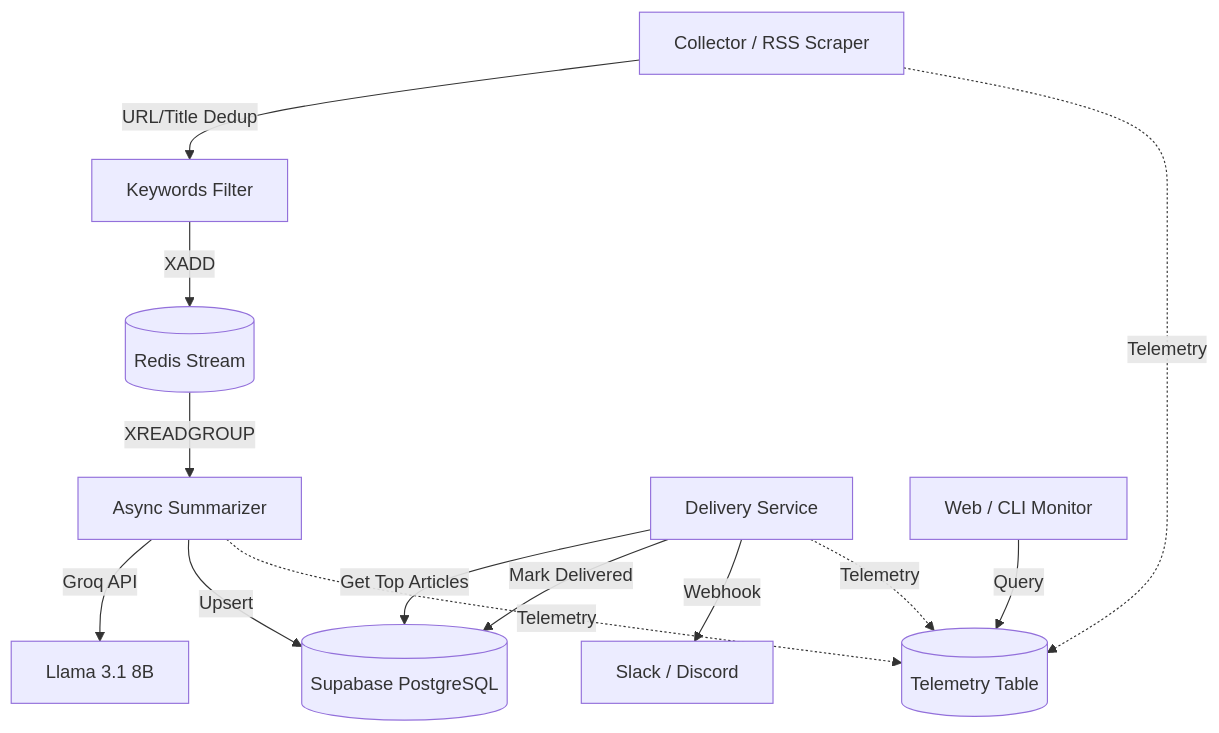
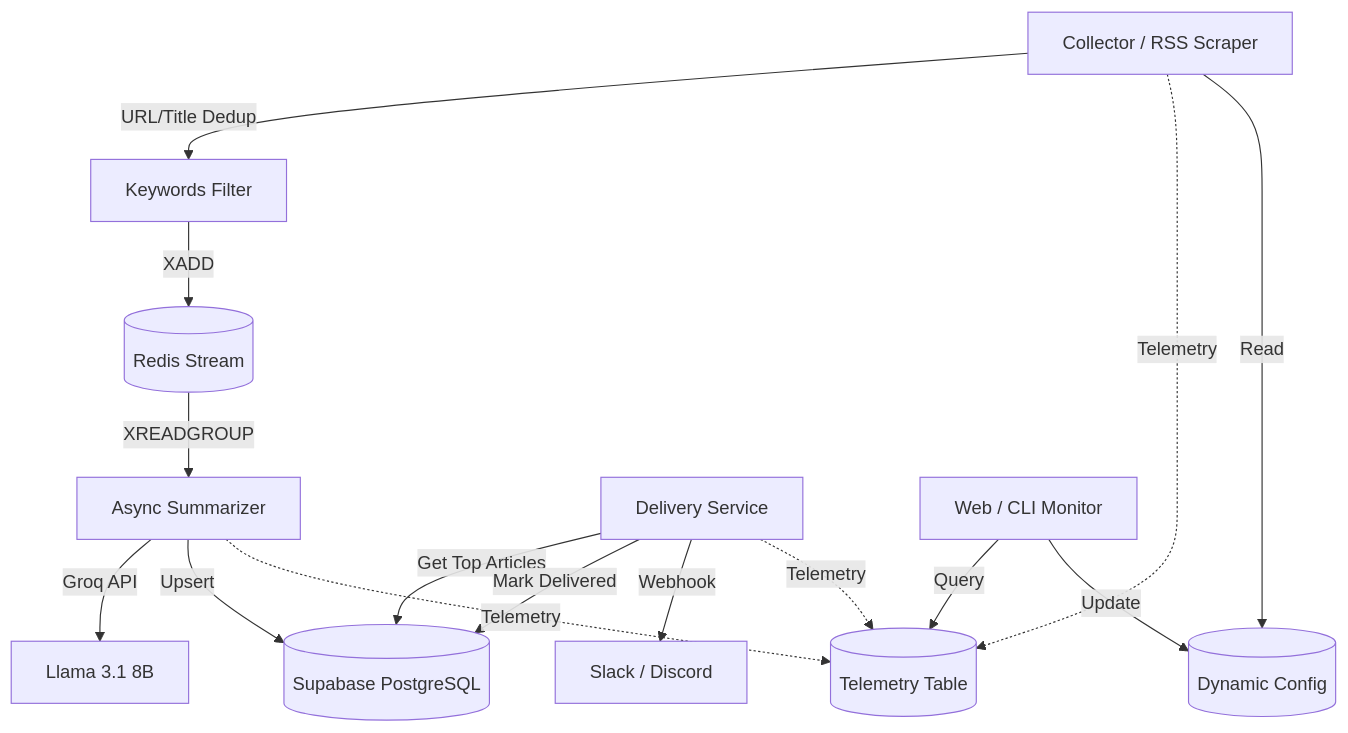
One commit to vishnun0027/techpulse-ai changed the diagram in README.md. Above: the diagram before and after it, drawn with Mermaid. The commit also changed other lines of this file and 7 other files, not shown here.

````diff
--- a/README.md
+++ b/README.md
@@ -26,16 +27,18 @@
 ```mermaid
 graph TD
     Collector[Collector / RSS Scraper] -->|URL/Title Dedup| Filter[Keywords Filter]
     Filter -->|XADD| Stream[(Redis Stream)]
     Stream -->|XREADGROUP| Summarizer[Async Summarizer]
     Summarizer -->|Groq API| LLM[Llama 3.1 8B]
     Summarizer -->|Upsert| DB[(Supabase PostgreSQL)]
     Delivery[Delivery Service] -->|Get Top Articles| DB
     Delivery -->|Mark Delivered| DB
     Delivery -->|Webhook| Notifications[Slack / Discord]
 
     Collector -.->|Telemetry| TM[(Telemetry Table)]
     Summarizer -.->|Telemetry| TM
     Delivery -.->|Telemetry| TM
     UI[Web / CLI Monitor] -->|Query| TM
+    UI -->|Update| Config[(Dynamic Config)]
+    Collector -->|Read| Config
 ```
````
